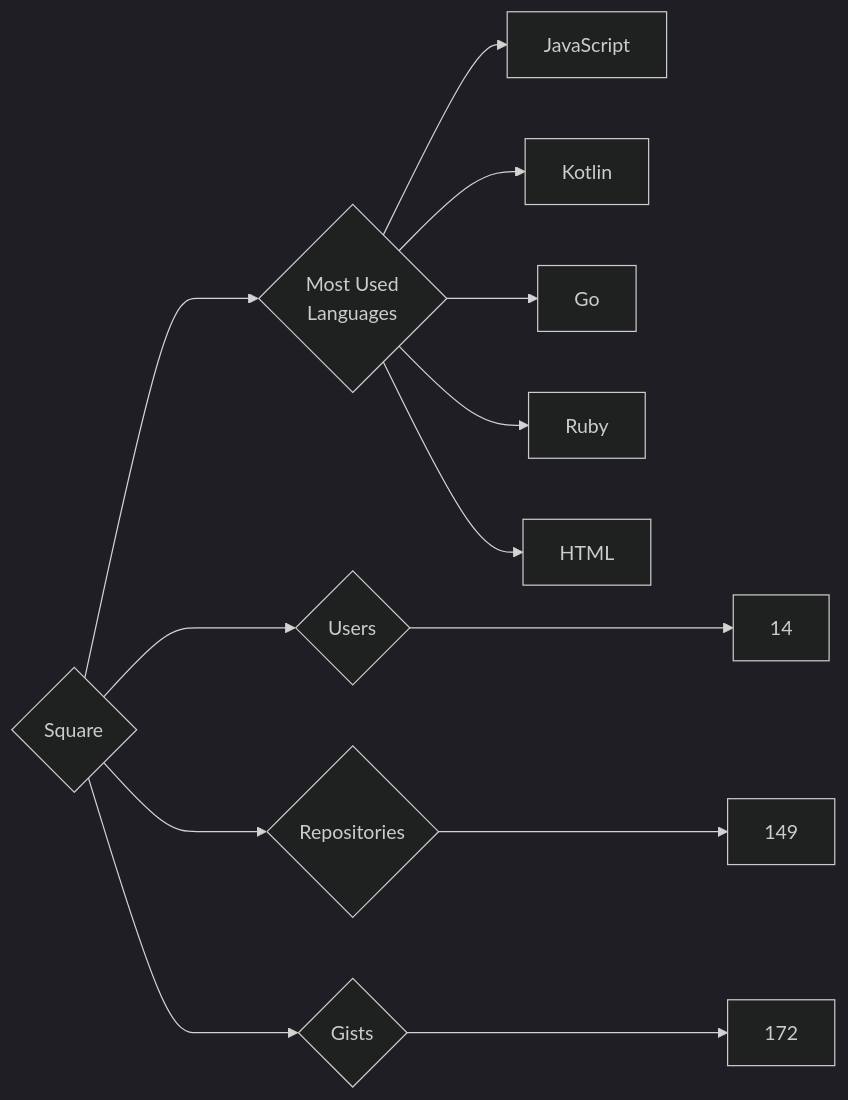
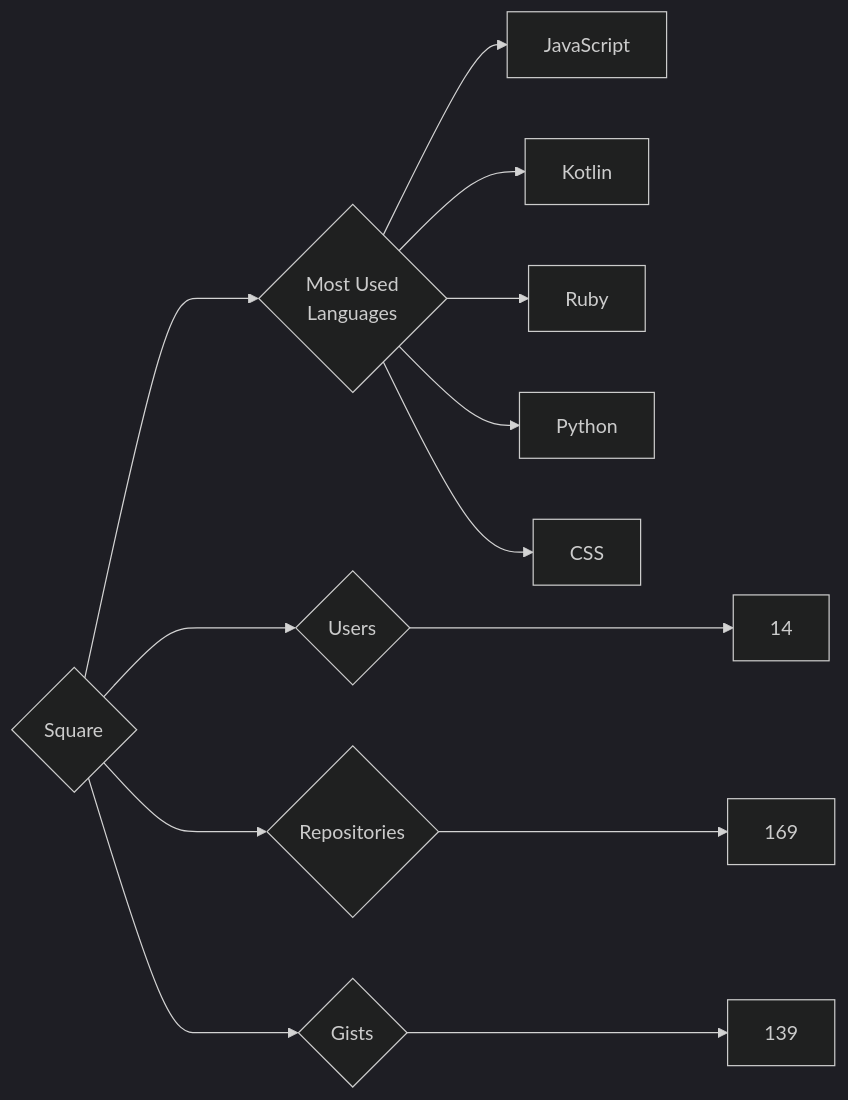
The diagram in targets/Square/README.md (trickest/insiders), drawn with Mermaid (dark theme) before and after one commit. The commit also changed 748 other files, not shown here.

````diff
--- a/targets/Square/README.md
+++ b/targets/Square/README.md
@@ -3,13 +3,13 @@
 ```mermaid
 graph LR
 COMPANY_NAME{Square}
 COMPANY_NAME ---> U{Users} ---> UN[14]
-COMPANY_NAME ---> R{Repositories} ---> RN[149]
-COMPANY_NAME ---> G{Gists} ---> GN[172]
+COMPANY_NAME ---> R{Repositories} ---> RN[169]
+COMPANY_NAME ---> G{Gists} ---> GN[139]
 COMPANY_NAME ---> ML{Most Used<br>Languages}
 ML --> JavaScript[JavaScript]
 ML --> Kotlin[Kotlin]
-ML --> Go[Go]
 ML --> Ruby[Ruby]
-ML --> HTML[HTML]
+ML --> Python[Python]
+ML --> CSS[CSS]
 ```
````
